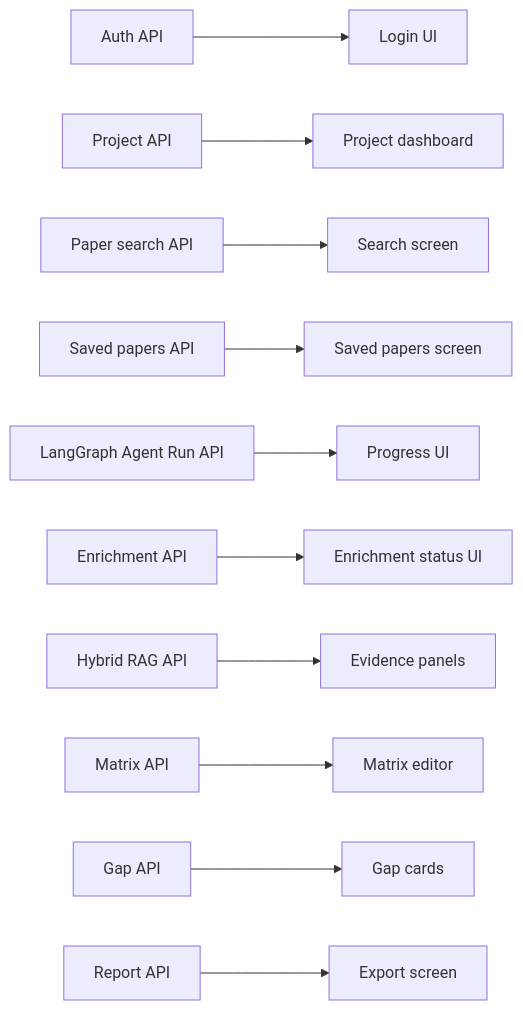
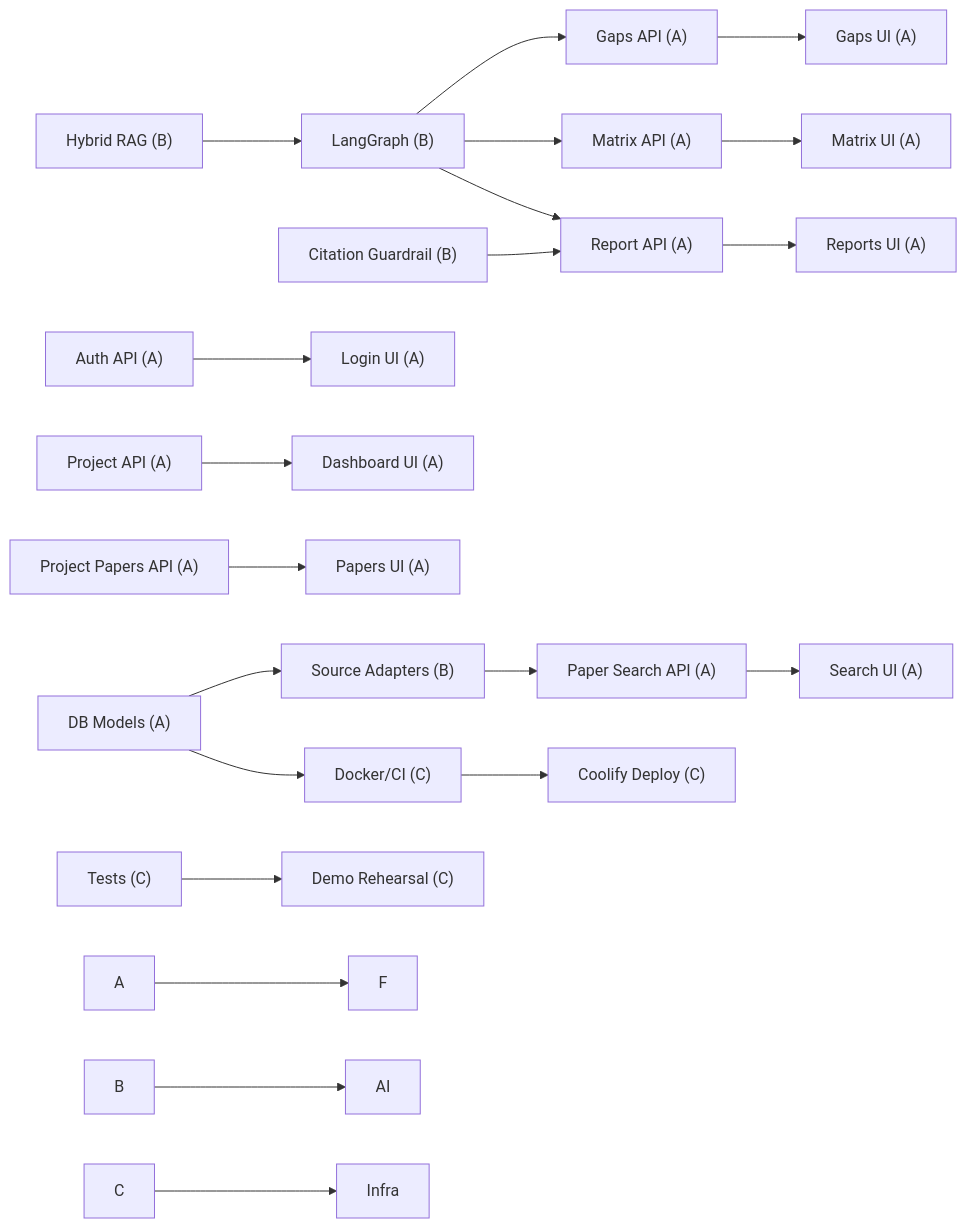
The diagram in docs/team-plan.md (vietlinhh02/lumen-agent), drawn with Mermaid before and after one commit. The commit also changed other lines of this file and 3 other files, not shown here.

Commit message:
docs: update problem statement, team plan, roadmap, and risks for 3-member team

````diff
--- a/docs/team-plan.md
+++ b/docs/team-plan.md
@@ -26,13 +33,23 @@
 ```mermaid
 flowchart LR
-    A1["Auth API"] --> F1["Login UI"]
-    B1["Project API"] --> F2["Project dashboard"]
-    B2["Paper search API"] --> F3["Search screen"]
-    B3["Saved papers API"] --> F4["Saved papers screen"]
-    B4["LangGraph Agent Run API"] --> F5["Progress UI"]
-    B5["Enrichment API"] --> F6["Enrichment status UI"]
-    B6["Hybrid RAG API"] --> F7["Evidence panels"]
-    B7["Matrix API"] --> F8["Matrix editor"]
-    B8["Gap API"] --> F9["Gap cards"]
-    B9["Report API"] --> F10["Export screen"]
+    A1["DB Models (A)"] --> B1["Source Adapters (B)"]
+    A1 --> C1["API Tests (C)"]
+    A2["Auth API (A)"] --> F1["Login UI (A)"]
+    A3["Project API (A)"] --> F2["Dashboard UI (A)"]
+    A4["Paper Search API (A)"] --> F3["Search UI (A)"]
+    A5["Project Papers API (A)"] --> F4["Papers UI (A)"]
+    A6["Matrix API (A)"] --> F5["Matrix UI (A)"]
+    A7["Gaps API (A)"] --> F6["Gaps UI (A)"]
+    A8["Report API (A)"] --> F7["Reports UI (A)"]
+    B1 --> A4
+    B2["LangGraph (B)"] --> A6
+    B2 --> A7
+    B2 --> A8
+    B3["Hybrid RAG (B)"] --> B2
+    B4["Citation Guardrail (B)"] --> A8
+    C1["Docker/CI (C)"] --> C2["Coolify Deploy (C)"]
+    C3["Tests (C)"] --> C4["Demo Rehearsal (C)"]
+    A --> F
+    B --> AI
+    C --> Infra
 ```
````
